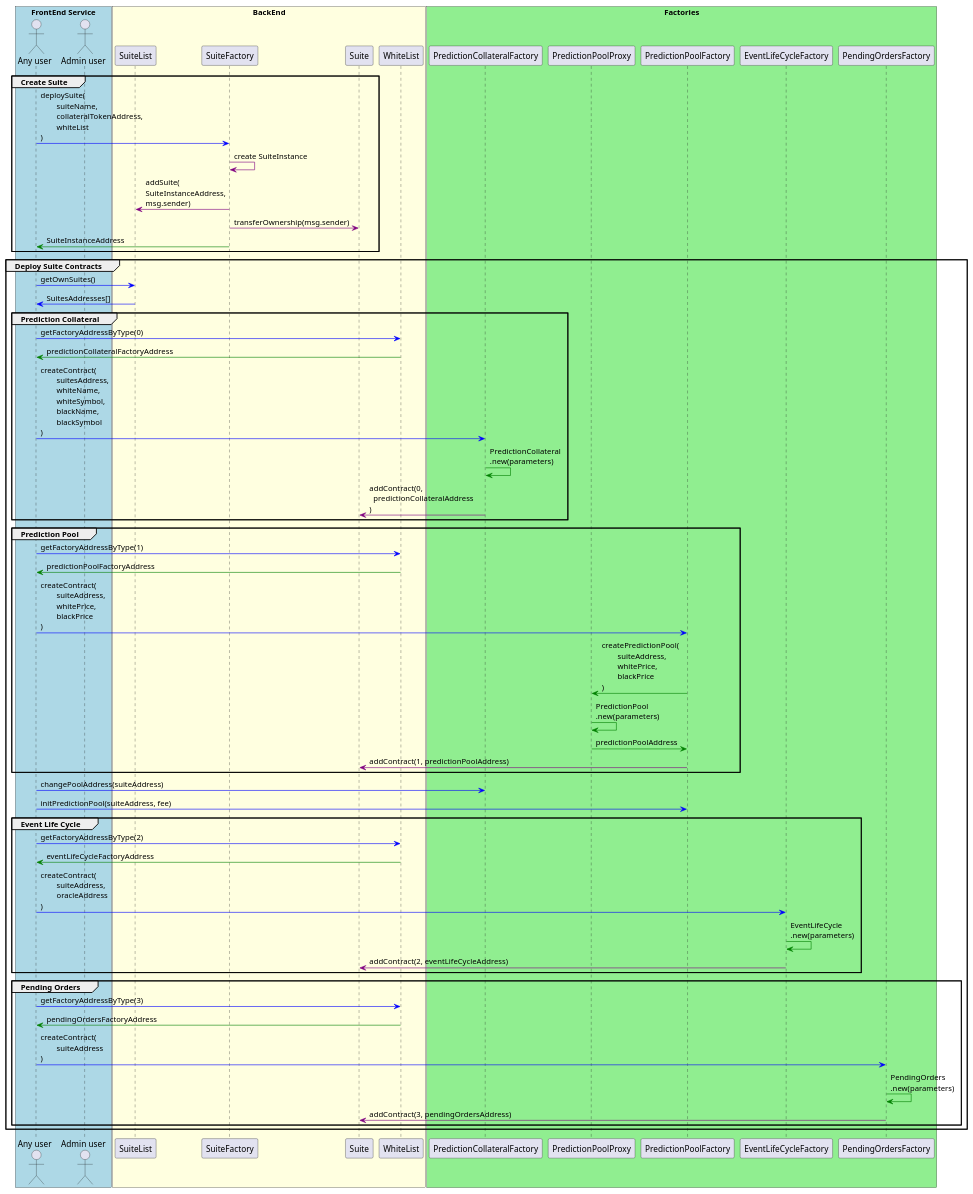
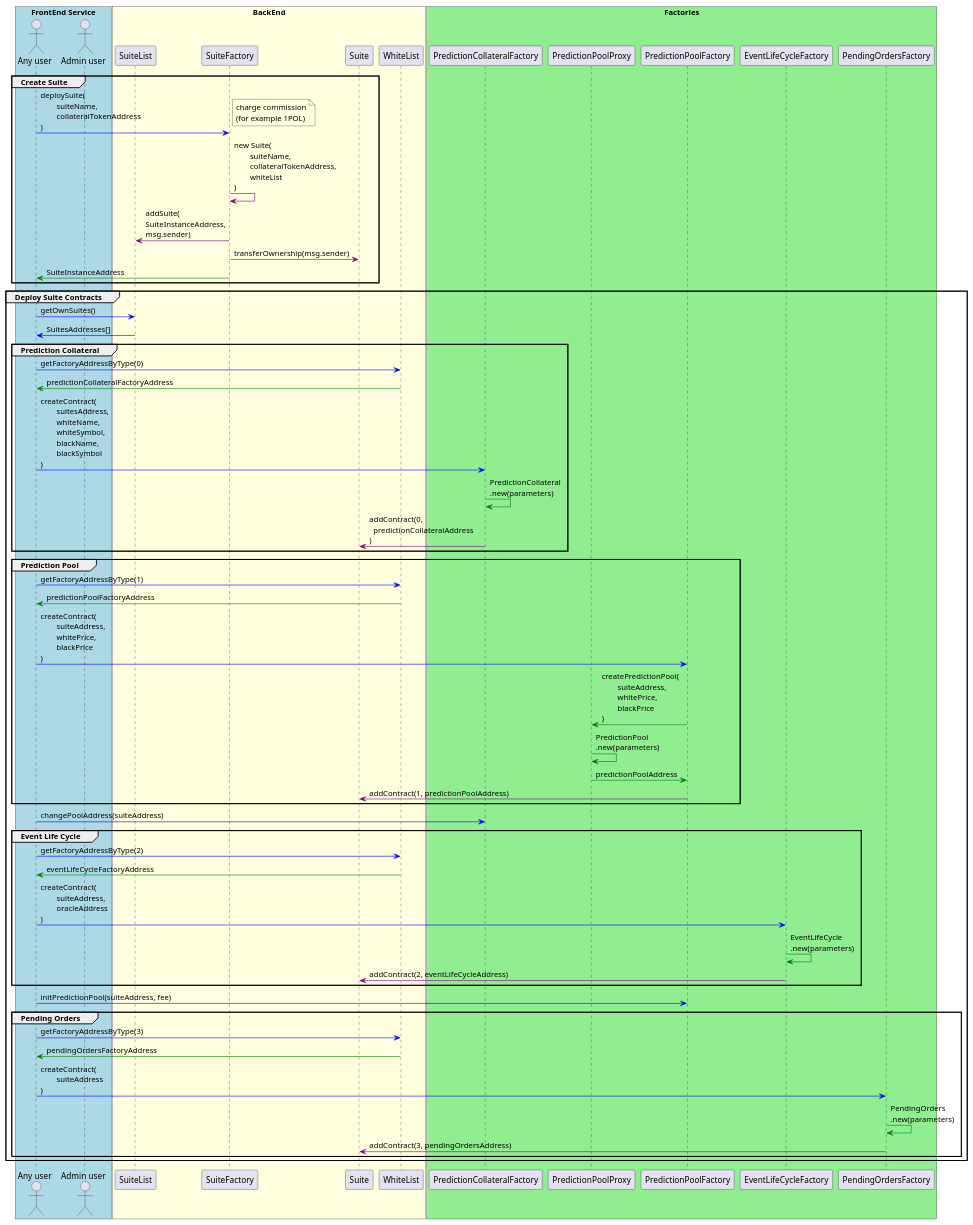
One commit to yurivin/polars_contracts changed the diagram in docs/FactoriesDiagram.puml. Above: the diagram before and after it, drawn with PlantUML. The commit also changed 5 other files, not shown here.

Commit message:
Fix PendingOrders tests, enablePendingOrders() in PredictionPoolFactory

```diff
--- a/docs/FactoriesDiagram.puml
+++ b/docs/FactoriesDiagram.puml
@@ -1,74 +1,78 @@
 @startuml
 
 box "FrontEnd Service" #LightBlue
 actor "Any user" as user
 actor "Admin user" as governance
 end box
 
 box "BackEnd" #LightYellow
 participant "SuiteList" as sl
 participant "SuiteFactory" as sf
 participant "Suite" as suite
 participant WhiteList as wl
 end box
 
 
 box "Factories" #LightGreen
 participant "PredictionCollateralFactory" as pcf
 participant "PredictionPoolProxy" as ppp
 participant "PredictionPoolFactory" as ppf
 participant "EventLifeCycleFactory" as elcf
 participant "PendingOrdersFactory" as pof
 end box
 
 
 group Create Suite
-user -[#blue]> sf: deploySuite(\n\tsuiteName,\n\tcollateralTokenAddress,\n\twhiteList\n)
-sf -[#purple]> sf: create SuiteInstance
+user -[#blue]> sf: deploySuite(\n\tsuiteName,\n\tcollateralTokenAddress\n)
+note right
+charge commission
+(for example 1POL)
+end note
+sf -[#purple]> sf: new Suite(\n\tsuiteName,\n\tcollateralTokenAddress,\n\twhiteList\n)
 sf -[#purple]> sl: addSuite(\nSuiteInstanceAddress,\nmsg.sender)
 sf -[#purple]> suite: transferOwnership(msg.sender)
 sf -[#green]> user: SuiteInstanceAddress
 end
 group Deploy Suite Contracts
 user -[#blue]> sl: getOwnSuites()
 sl -[#blue]> user: SuitesAddresses[]
 group Prediction Collateral
 user -[#blue]> wl: getFactoryAddressByType(0)
 wl -[#green]> user: predictionCollateralFactoryAddress
 user -[#blue]> pcf: createContract(\n\tsuitesAddress,\n\twhiteName,\n\twhiteSymbol,\n\tblackName,\n\tblackSymbol\n)
 pcf -[#green]> pcf: PredictionCollateral\n.new(parameters)
 pcf -[#purple]> suite: addContract(0,\n  predictionCollateralAddress\n)
 end
 group Prediction Pool
 user -[#blue]> wl: getFactoryAddressByType(1)
 wl -[#green]> user: predictionPoolFactoryAddress
 user -[#blue]> ppf: createContract(\n\tsuiteAddress,\n\twhitePrice,\n\tblackPrice\n)
 ppf -[#green]> ppp: createPredictionPool(\n\tsuiteAddress,\n\twhitePrice,\n\tblackPrice\n)
 ppp -[#green]> ppp: PredictionPool\n.new(parameters)
 ppp -[#green]> ppf: predictionPoolAddress
 ppf -[#purple]> suite: addContract(1, predictionPoolAddress)
 end
 
 
 user -[#blue]> pcf: changePoolAddress(suiteAddress)
 
-user -[#blue]> ppf: initPredictionPool(suiteAddress, fee)
-
 group Event Life Cycle
 user -[#blue]> wl: getFactoryAddressByType(2)
 wl -[#green]> user: eventLifeCycleFactoryAddress
 user -[#blue]> elcf: createContract(\n\tsuiteAddress,\n\toracleAddress\n)
 elcf -[#green]> elcf: EventLifeCycle\n.new(parameters)
 elcf -[#purple]> suite: addContract(2, eventLifeCycleAddress)
 end
+
+user -[#blue]> ppf: initPredictionPool(suiteAddress, fee)
 
 group Pending Orders
 user -[#blue]> wl: getFactoryAddressByType(3)
 wl -[#green]> user: pendingOrdersFactoryAddress
 user -[#blue]> pof: createContract(\n\tsuiteAddress\n)
 pof -[#green]> pof: PendingOrders\n.new(parameters)
 pof -[#purple]> suite: addContract(3, pendingOrdersAddress)
 end
 
 end
 @enduml
```
